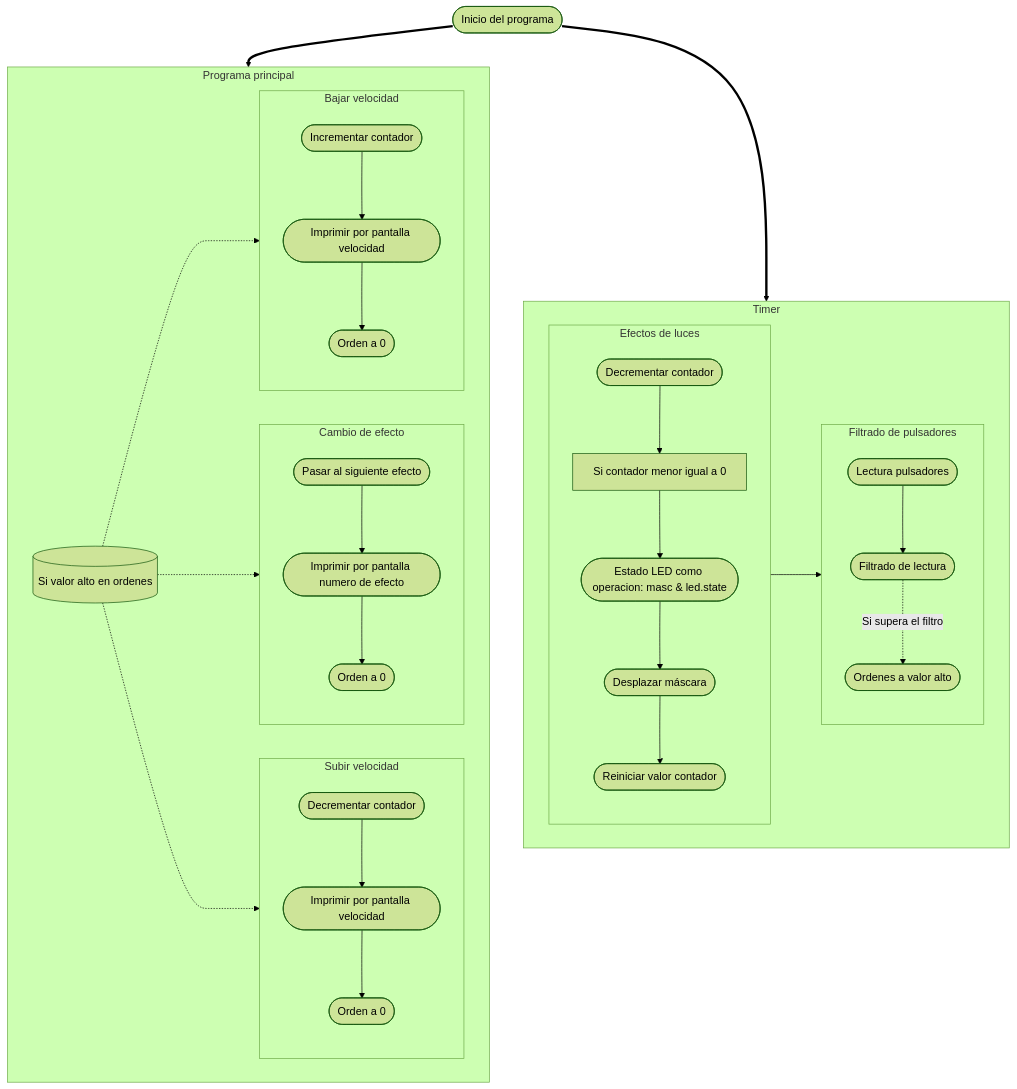
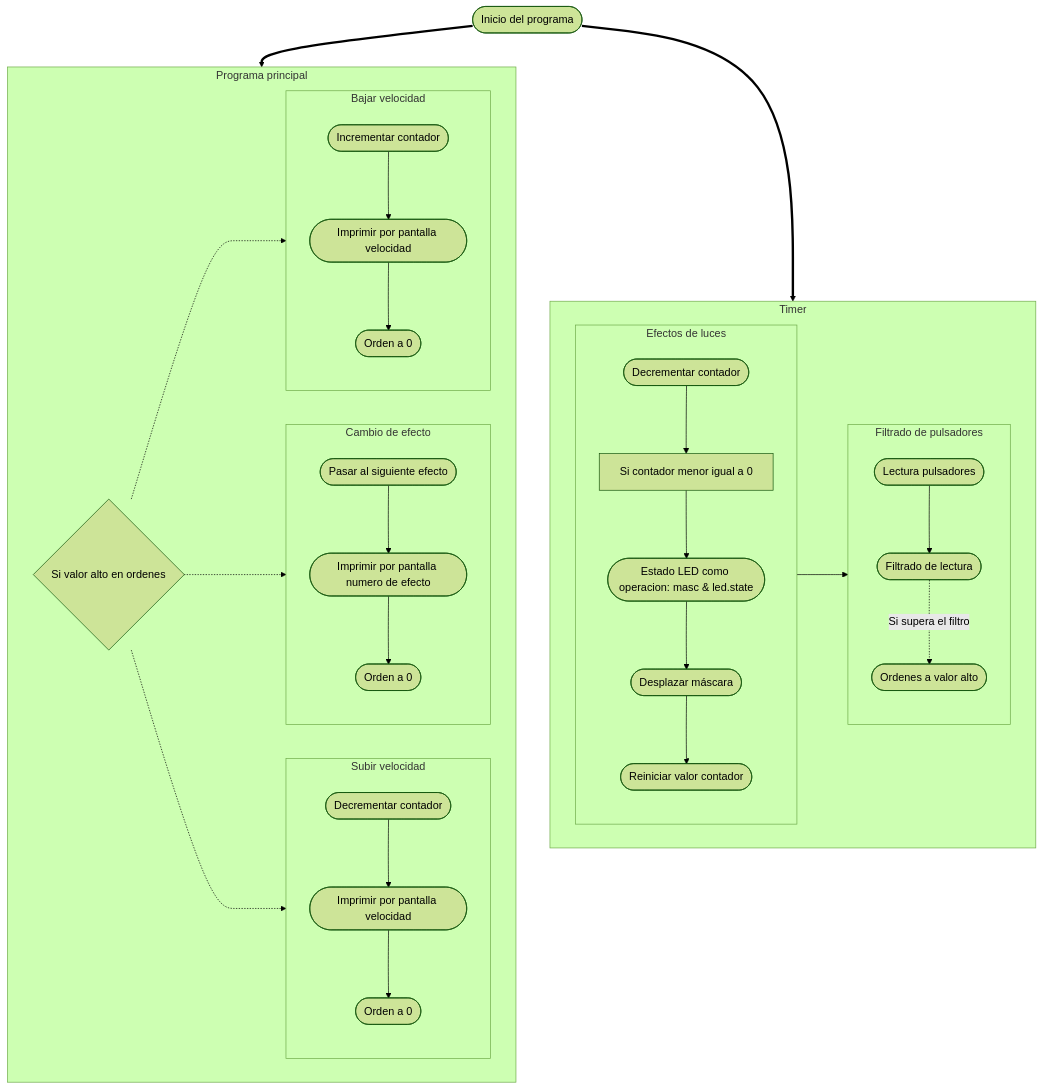
The third of 3 diagrams in README.md (joeljoanmorera/P3-morera-cots), drawn with Mermaid (forest theme) before and after one commit. The commit also changed other lines of this file and 1 other file, not shown here.

````diff
--- a/README.md
+++ b/README.md
@@ -433,34 +568,36 @@
 ```mermaid
     flowchart TB;
     I([Inicio del programa]) ==> loop & timer;
 
     subgraph timer [Timer]
         subgraph effects [Efectos de luces]
             DCE([Decrementar contador]) --> if
             if[Si contador menor igual a 0] --> M
             M([Estado LED como operacion: masc & led.state]) --> D
             D([Desplazar máscara]) --> RC([Reiniciar valor contador])
         end
+
         effects --> filter
+        
         subgraph filter [Filtrado de pulsadores]
             F1([Lectura pulsadores]) --> F2
             F2([Filtrado de lectura]) -. Si supera el filtro .-> O([Ordenes a valor alto]) 
         end
     end
 
     subgraph loop [Programa principal]
-        OD[(Si valor alto en ordenes)] -..-> O1 & O2 & O3
+        OD{Si valor alto en ordenes} -..-> O1 & O2 & O3
         subgraph O1 [Cambio de efecto]
             SE([Pasar al siguiente efecto]) --> SP1
             SP1([Imprimir por pantalla numero de efecto]) --> O01([Orden a 0])
         end
         subgraph O2 [Subir velocidad]
             DC([Decrementar contador]) --> SP2
             SP2([Imprimir por pantalla velocidad]) --> O02([Orden a 0])
         end
         subgraph O3 [Bajar velocidad]
             IC([Incrementar contador]) --> SP3
             SP3([Imprimir por pantalla velocidad]) --> O03([Orden a 0])
         end
     end
 ```
````
